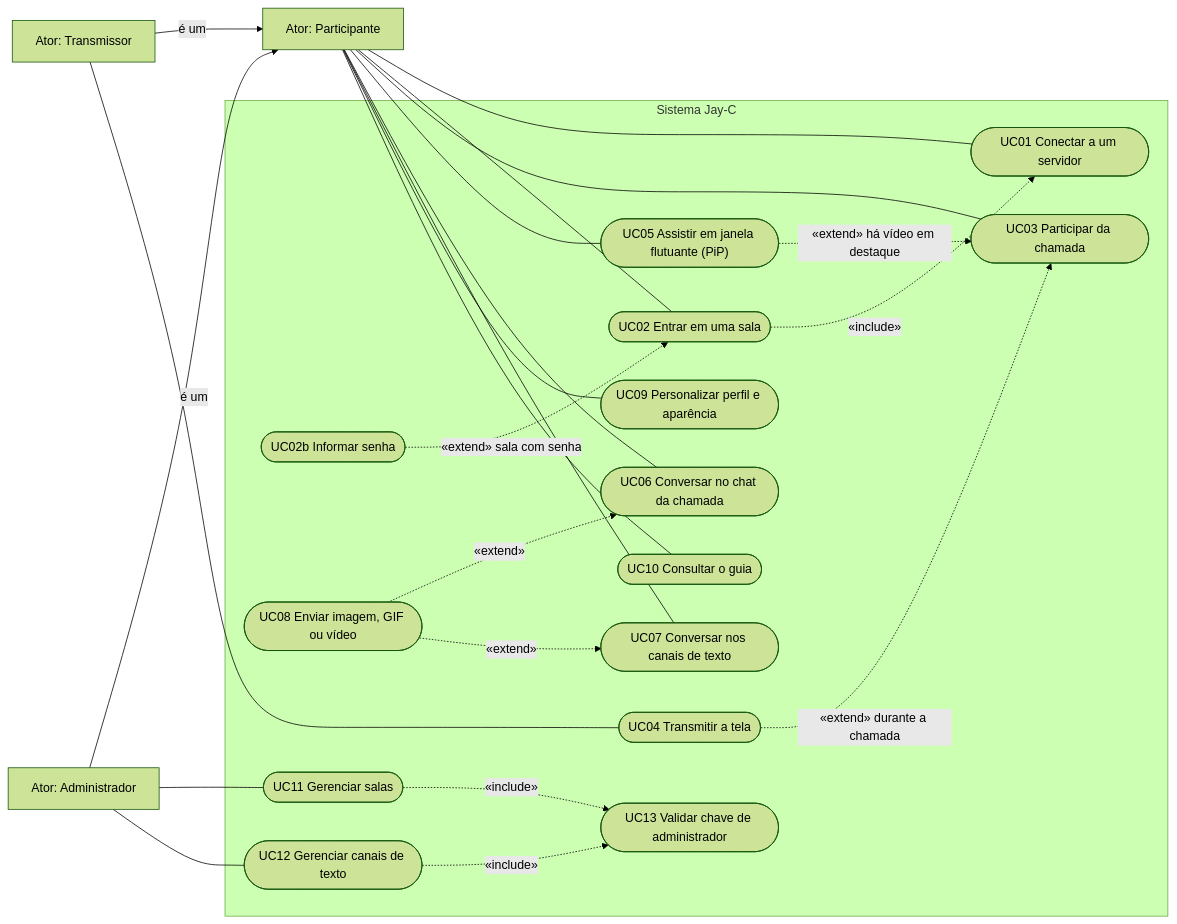
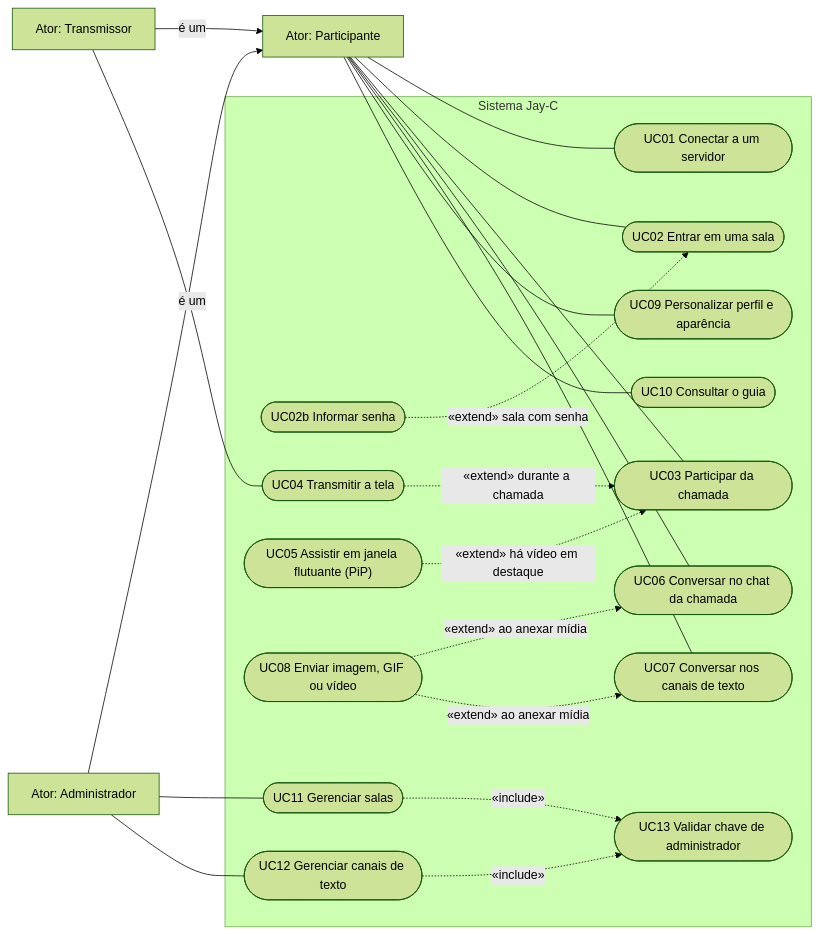
The first of 8 diagrams in 07-entrega-final/dossie.md (TyxMatty/Jay-C-apresentacao), drawn with Mermaid (forest theme) before and after one commit. The commit also changed other lines of this file and 2 other files, not shown here.

````diff
--- a/07-entrega-final/dossie.md
+++ b/07-entrega-final/dossie.md
@@ -214,46 +229,44 @@
 ```mermaid
 flowchart LR
   P["Ator: Participante"]
   T["Ator: Transmissor"]
   A["Ator: Administrador"]
   T -- "é um" --> P
   A -- "é um" --> P
 
   subgraph S["Sistema Jay-C"]
     UC01(["UC01 Conectar a um servidor"])
     UC02(["UC02 Entrar em uma sala"])
     UC02b(["UC02b Informar senha"])
     UC03(["UC03 Participar da chamada"])
     UC04(["UC04 Transmitir a tela"])
     UC05(["UC05 Assistir em janela flutuante (PiP)"])
     UC06(["UC06 Conversar no chat da chamada"])
     UC07(["UC07 Conversar nos canais de texto"])
     UC08(["UC08 Enviar imagem, GIF ou vídeo"])
     UC09(["UC09 Personalizar perfil e aparência"])
     UC10(["UC10 Consultar o guia"])
     UC11(["UC11 Gerenciar salas"])
     UC12(["UC12 Gerenciar canais de texto"])
     UC13(["UC13 Validar chave de administrador"])
   end
 
   P --- UC01
   P --- UC02
   P --- UC03
-  P --- UC05
   P --- UC06
   P --- UC07
   P --- UC09
   P --- UC10
   T --- UC04
   A --- UC11
   A --- UC12
 
-  UC02 -. "«include»" .-> UC01
   UC02b -. "«extend» sala com senha" .-> UC02
   UC04 -. "«extend» durante a chamada" .-> UC03
   UC05 -. "«extend» há vídeo em destaque" .-> UC03
-  UC08 -. "«extend»" .-> UC06
-  UC08 -. "«extend»" .-> UC07
+  UC08 -. "«extend» ao anexar mídia" .-> UC06
+  UC08 -. "«extend» ao anexar mídia" .-> UC07
   UC11 -. "«include»" .-> UC13
   UC12 -. "«include»" .-> UC13
 ```
````
